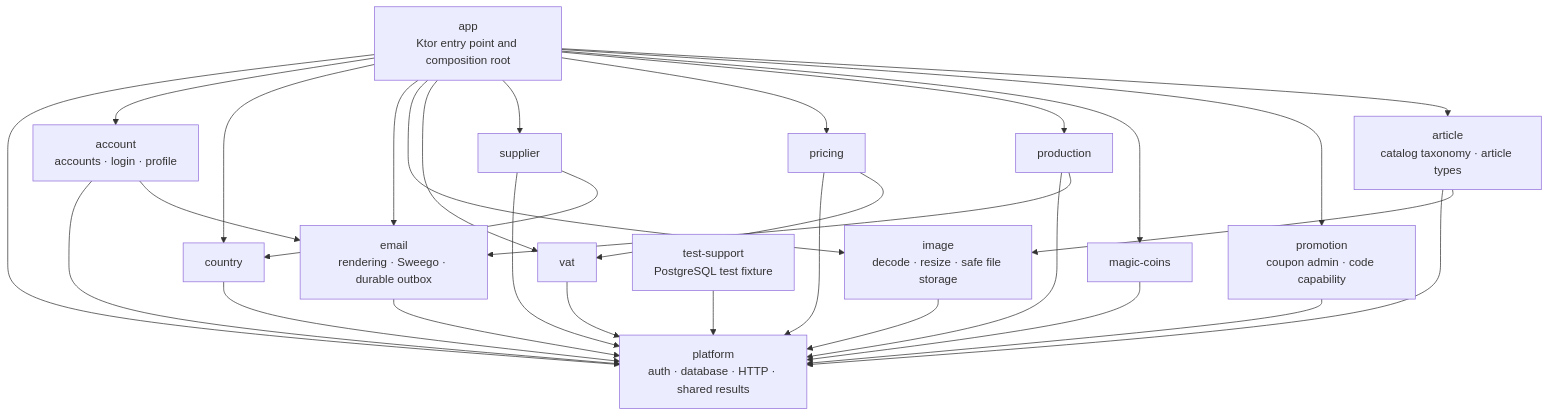
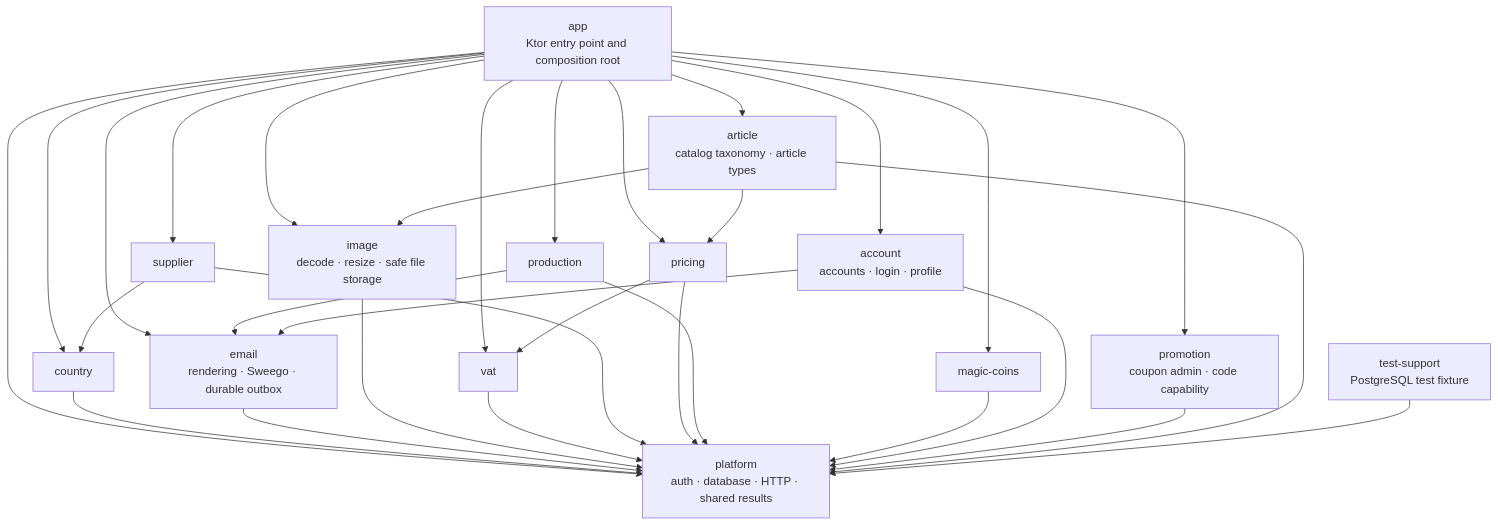
The diagram in docs/dev/backend/module-architecture.md (bitstorm-tech/voenix-shop-kotlin), drawn with Mermaid before and after one commit. The commit also changed other lines of this file and 31 other files, not shown here.

````diff
--- a/docs/dev/backend/module-architecture.md
+++ b/docs/dev/backend/module-architecture.md
@@ -34,47 +34,48 @@
 ```mermaid
 flowchart TD
     App["app<br/>Ktor entry point and composition root"]
     Platform["platform<br/>auth · database · HTTP · shared results"]
     Country["country"]
     Email["email<br/>rendering · Sweego · durable outbox"]
     Image["image<br/>decode · resize · safe file storage"]
     Vat["vat"]
     Supplier["supplier"]
     Pricing["pricing"]
     Production["production"]
     MagicCoins["magic-coins"]
     Account["account<br/>accounts · login · profile"]
     Promotion["promotion<br/>coupon admin · code capability"]
     Article["article<br/>catalog taxonomy · article types"]
     TestSupport["test-support<br/>PostgreSQL test fixture"]
 
     App --> Platform
     App --> Account
     App --> Country
     App --> Email
     App --> Image
     App --> Vat
     App --> Supplier
     App --> Pricing
     App --> Production
     App --> MagicCoins
     App --> Promotion
     App --> Article
     Country --> Platform
     Email --> Platform
     Image --> Platform
     Vat --> Platform
     Supplier --> Platform
     Supplier --> Country
     Pricing --> Platform
     Pricing --> Vat
     Production --> Platform
     Production --> Email
     MagicCoins --> Platform
     Account --> Platform
     Account --> Email
     Promotion --> Platform
     Article --> Platform
     Article --> Image
+    Article --> Pricing
     TestSupport --> Platform
 ```
````
